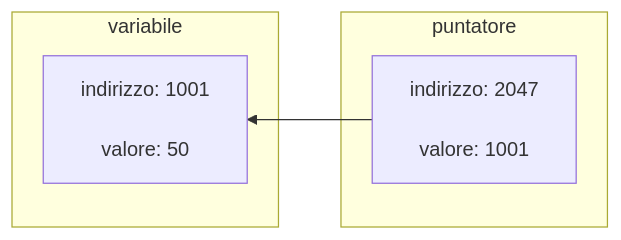
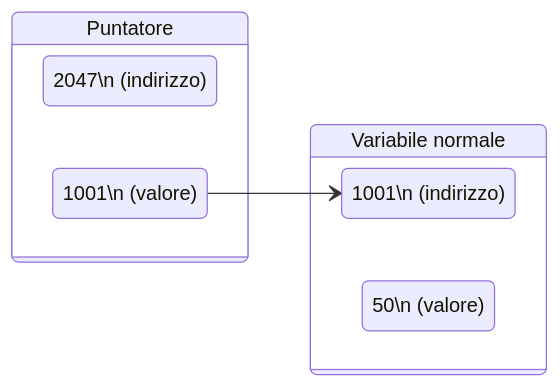
One commit to sravioli/temp-L31 changed the diagram in docs/Anno_I/Architettura_degli_Elaboratori_e_Sistemi_Operativi/notes/AE1_dati_rappresentazione.md. Above: the diagram before and after it, drawn with Mermaid. The commit also changed other lines of this file, not shown here.

````diff
--- a/docs/Anno_I/Architettura_degli_Elaboratori_e_Sistemi_Operativi/notes/AE1_dati_rappresentazione.md
+++ b/docs/Anno_I/Architettura_degli_Elaboratori_e_Sistemi_Operativi/notes/AE1_dati_rappresentazione.md
@@ -153,9 +154,17 @@
 ```mermaid
-flowchart RL
-    subgraph varr [variabile]
-        var["indirizzo: 1001<br><br>valore: 50"];
-    end
-    subgraph pntr [puntatore]
-        p["indirizzo: 2047<br><br>valore: 1001"] --> var;
-    end
+stateDiagram-v2
+  direction LR
+  var: Variabile normale
+  state var {
+    varAddress: 1001\n (indirizzo)
+    varValue: 50\n (valore)
+  }
+
+  ptr: Puntatore
+  state ptr {
+    ptrAddress: 2047\n (indirizzo)
+    ptrValue: 1001\n (valore)
+   }
+
+  ptrValue --> varAddress
 ```
````
